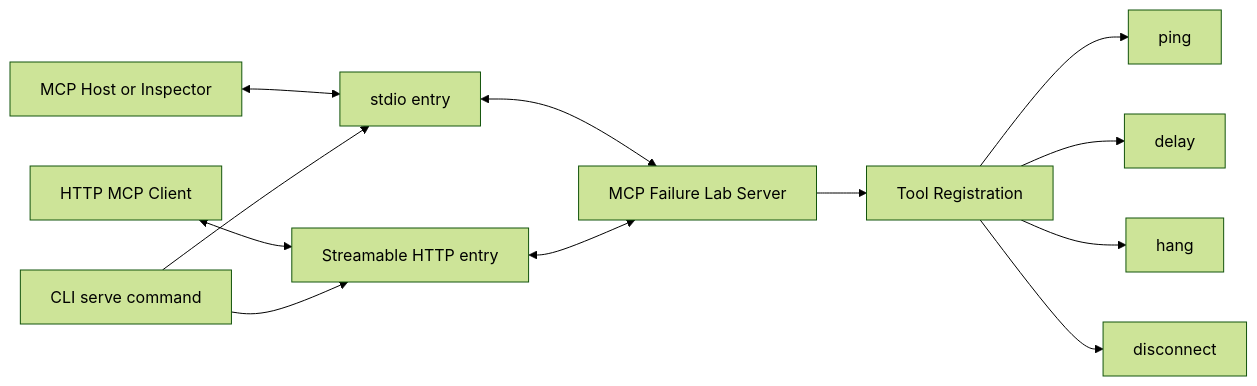
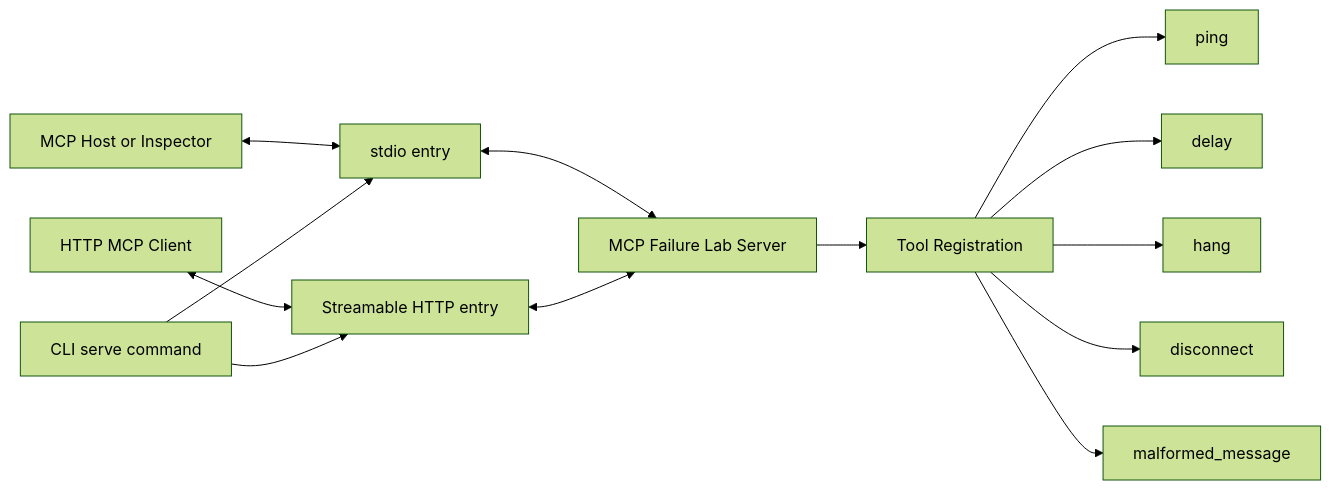
Before and after one commit to anilloutombam/mcplab.dev: the first of 4 diagrams in src/content/docs/docs/architecture.mdx, drawn with Mermaid (forest theme). The commit also changed other lines of this file and 11 other files, not shown here.

Commit message:
docs: document malformed message faults (#27)

````diff
--- a/src/content/docs/docs/architecture.mdx
+++ b/src/content/docs/docs/architecture.mdx
@@ -10,14 +10,15 @@
 ```mermaid
 graph LR
     Host[MCP Host or Inspector] <--> Stdio[stdio entry]
     HttpClient[HTTP MCP Client] <--> Http[Streamable HTTP entry]
     Stdio <--> Server[MCP Failure Lab Server]
     Http <--> Server
     Server --> Registration[Tool Registration]
     Registration --> Ping[ping]
     Registration --> Delay[delay]
     Registration --> Hang[hang]
     Registration --> Disconnect[disconnect]
+    Registration --> Malformed[malformed_message]
     CLI[CLI serve command] --> Stdio
     CLI --> Http
 ```
````
